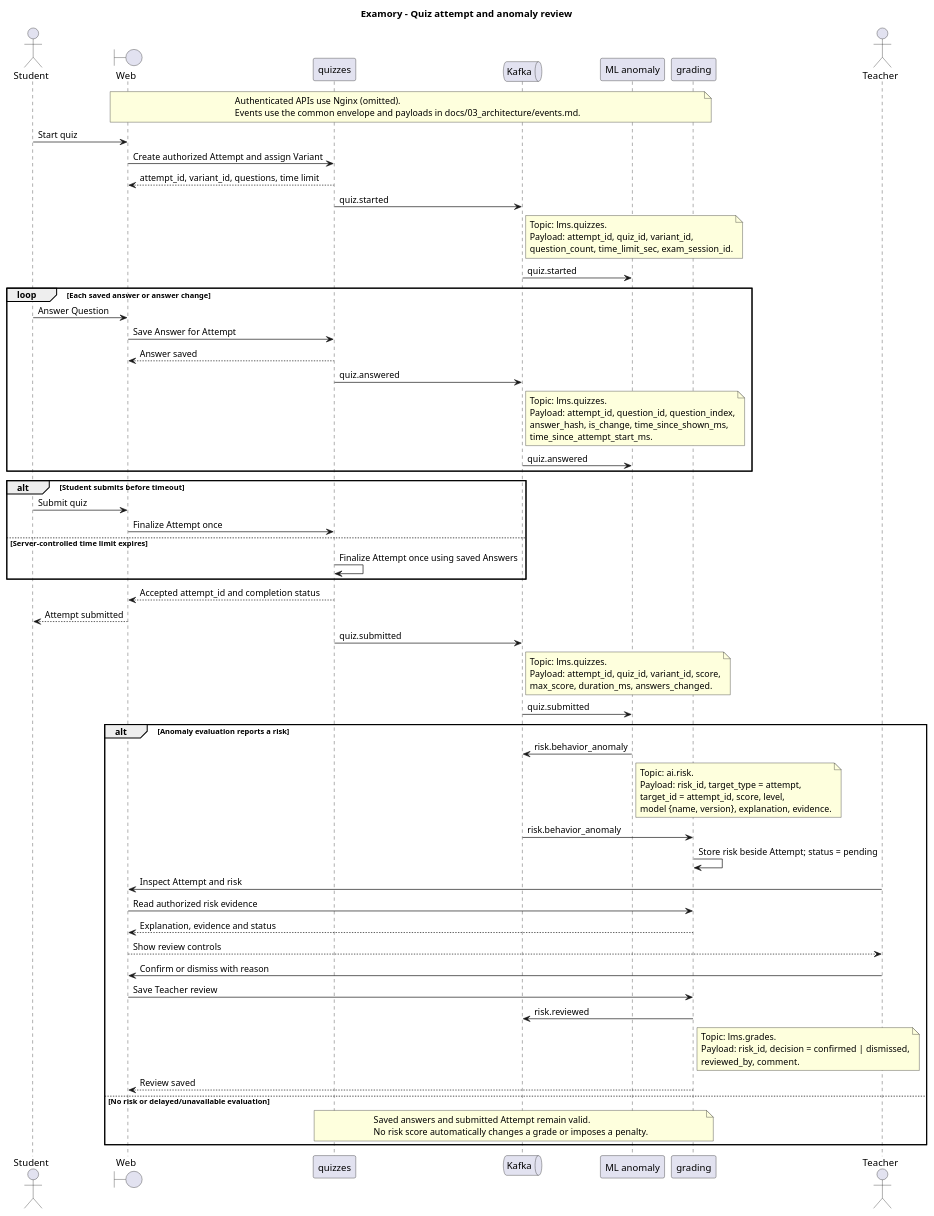
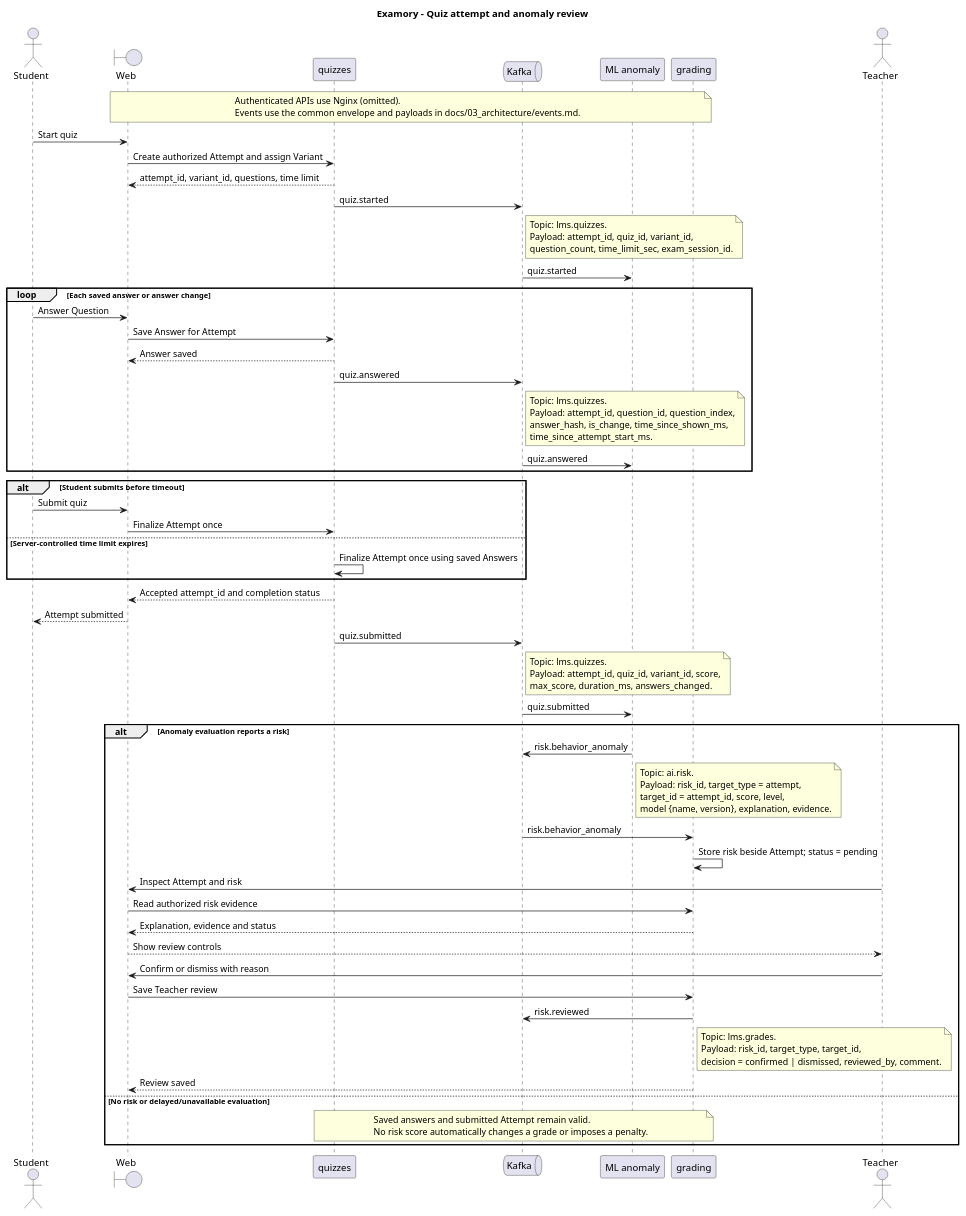
One commit to Newterios/Examory changed the diagram in docs/04_uml/seq_quiz_anomaly.puml. Above: the diagram before and after it, drawn with PlantUML. The commit also changed 7 other files, not shown here.

```diff
--- a/docs/04_uml/seq_quiz_anomaly.puml
+++ b/docs/04_uml/seq_quiz_anomaly.puml
@@ -2,82 +2,82 @@
 @startuml
 title Examory - Quiz attempt and anomaly review
 actor Student
 boundary Web
 participant quizzes
 queue Kafka
 participant "ML anomaly" as Anomaly
 participant grading
 actor Teacher
 
 note over Web, grading
   Authenticated APIs use Nginx (omitted).
   Events use the common envelope and payloads in docs/03_architecture/events.md.
 end note
 Student -> Web : Start quiz
 Web -> quizzes : Create authorized Attempt and assign Variant
 quizzes --> Web : attempt_id, variant_id, questions, time limit
 quizzes -> Kafka : quiz.started
 note right of Kafka
   Topic: lms.quizzes.
   Payload: attempt_id, quiz_id, variant_id,
   question_count, time_limit_sec, exam_session_id.
 end note
 Kafka -> Anomaly : quiz.started
 loop Each saved answer or answer change
   Student -> Web : Answer Question
   Web -> quizzes : Save Answer for Attempt
   quizzes --> Web : Answer saved
   quizzes -> Kafka : quiz.answered
   note right of Kafka
     Topic: lms.quizzes.
     Payload: attempt_id, question_id, question_index,
     answer_hash, is_change, time_since_shown_ms,
     time_since_attempt_start_ms.
   end note
   Kafka -> Anomaly : quiz.answered
 end
 alt Student submits before timeout
   Student -> Web : Submit quiz
   Web -> quizzes : Finalize Attempt once
 else Server-controlled time limit expires
   quizzes -> quizzes : Finalize Attempt once using saved Answers
 end
 quizzes --> Web : Accepted attempt_id and completion status
 Web --> Student : Attempt submitted
 quizzes -> Kafka : quiz.submitted
 note right of Kafka
   Topic: lms.quizzes.
   Payload: attempt_id, quiz_id, variant_id, score,
   max_score, duration_ms, answers_changed.
 end note
 Kafka -> Anomaly : quiz.submitted
 alt Anomaly evaluation reports a risk
   Anomaly -> Kafka : risk.behavior_anomaly
   note right of Anomaly
     Topic: ai.risk.
     Payload: risk_id, target_type = attempt,
     target_id = attempt_id, score, level,
     model {name, version}, explanation, evidence.
   end note
   Kafka -> grading : risk.behavior_anomaly
   grading -> grading : Store risk beside Attempt; status = pending
   Teacher -> Web : Inspect Attempt and risk
   Web -> grading : Read authorized risk evidence
   grading --> Web : Explanation, evidence and status
   Web --> Teacher : Show review controls
   Teacher -> Web : Confirm or dismiss with reason
   Web -> grading : Save Teacher review
   grading -> Kafka : risk.reviewed
   note right of grading
     Topic: lms.grades.
-    Payload: risk_id, decision = confirmed | dismissed,
-    reviewed_by, comment.
+    Payload: risk_id, target_type, target_id,
+    decision = confirmed | dismissed, reviewed_by, comment.
   end note
   grading --> Web : Review saved
 else No risk or delayed/unavailable evaluation
   note over quizzes, grading
     Saved answers and submitted Attempt remain valid.
     No risk score automatically changes a grade or imposes a penalty.
   end note
 end
 @enduml
```
